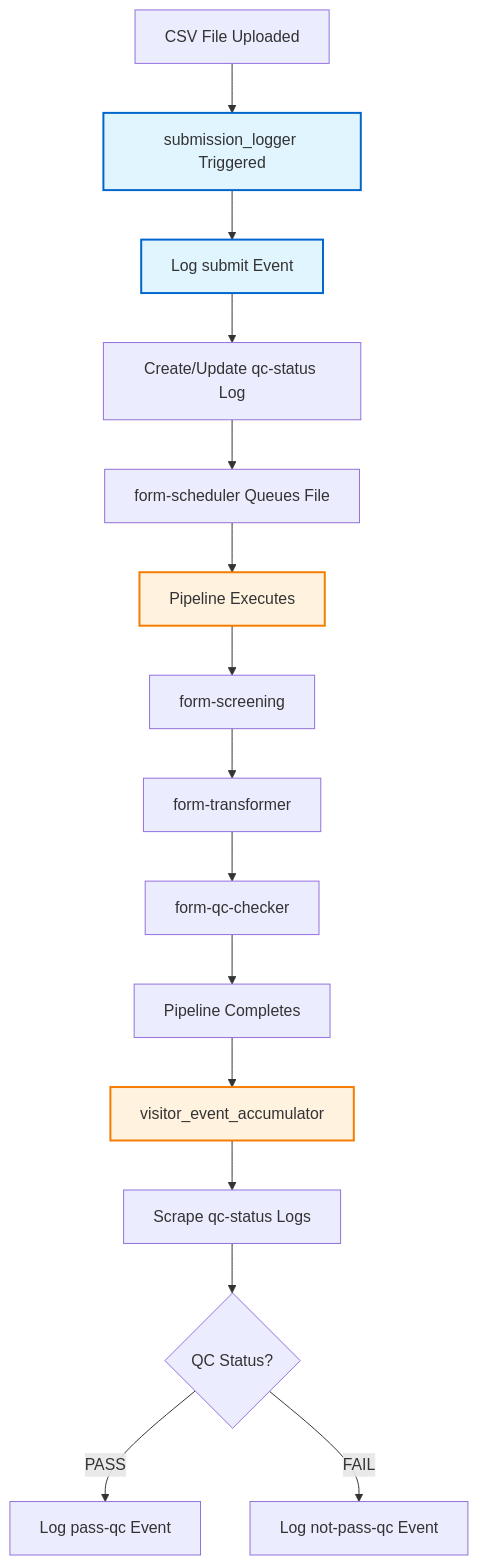
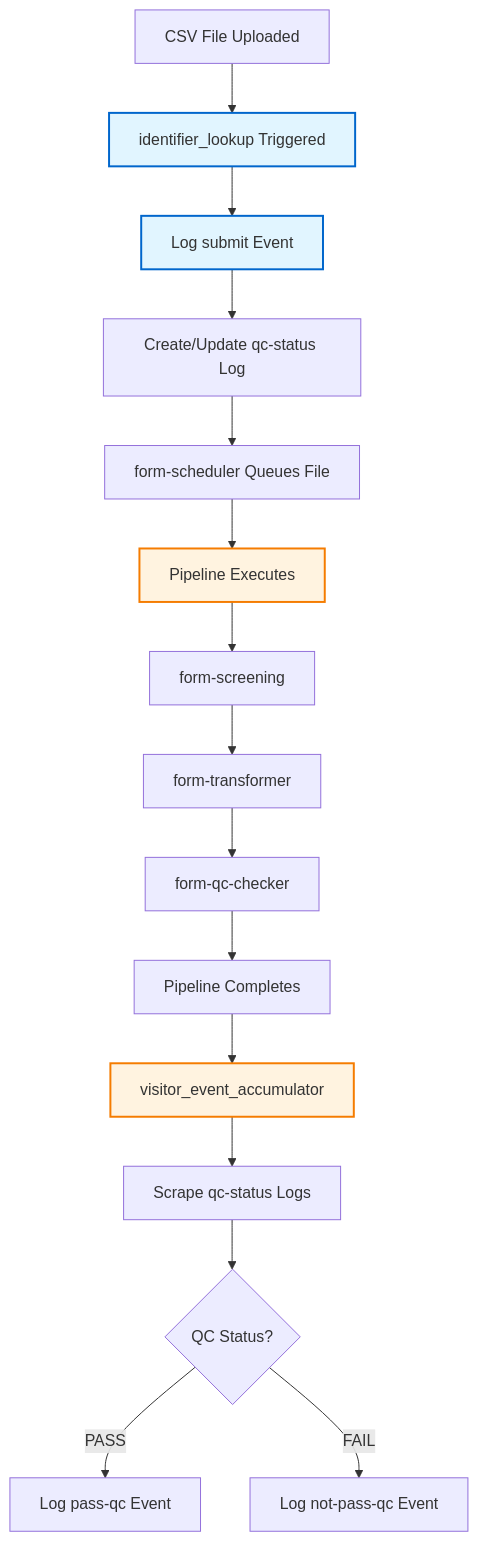
Before and after one commit to naccdata/flywheel-gear-extensions: the second of 3 diagrams in docs/form_scheduler/event-logging.md, drawn with Mermaid. The commit also changed other lines of this file and 3 other files, not shown here.

Commit message:
Replace references to submission logger in docs to identifier lookup

````diff
--- a/docs/form_scheduler/event-logging.md
+++ b/docs/form_scheduler/event-logging.md
@@ -129,31 +129,31 @@
 ```mermaid
 flowchart TD
-    A[CSV File Uploaded] --> B[submission_logger Triggered]
+    A[CSV File Uploaded] --> B[identifier_lookup Triggered]
     B --> C[Log submit Event]
     C --> D[Create/Update qc-status Log]
     
     D --> E[form-scheduler Queues File]
     E --> F[Pipeline Executes]
     F --> G[form-screening]
     G --> H[form-transformer]
     H --> I[form-qc-checker]
     
     I --> J[Pipeline Completes]
     J --> K[visitor_event_accumulator]
     
     K --> L[Scrape qc-status Logs]
     L --> M{QC Status?}
     M -->|PASS| N[Log pass-qc Event]
     M -->|FAIL| O[Log not-pass-qc Event]
     
     style B fill:#e1f5ff,stroke:#0066cc,stroke-width:2px
     style C fill:#e1f5ff,stroke:#0066cc,stroke-width:2px
     style K fill:#fff3e0,stroke:#f57c00,stroke-width:2px
     style F fill:#fff3e0,stroke:#f57c00,stroke-width:2px
     
     classDef formScheduler fill:#fff3e0,stroke:#f57c00,stroke-width:2px
     classDef submissionLogger fill:#e1f5ff,stroke:#0066cc,stroke-width:2px
     
     class K,F formScheduler
     class B,C submissionLogger
 ```
````
